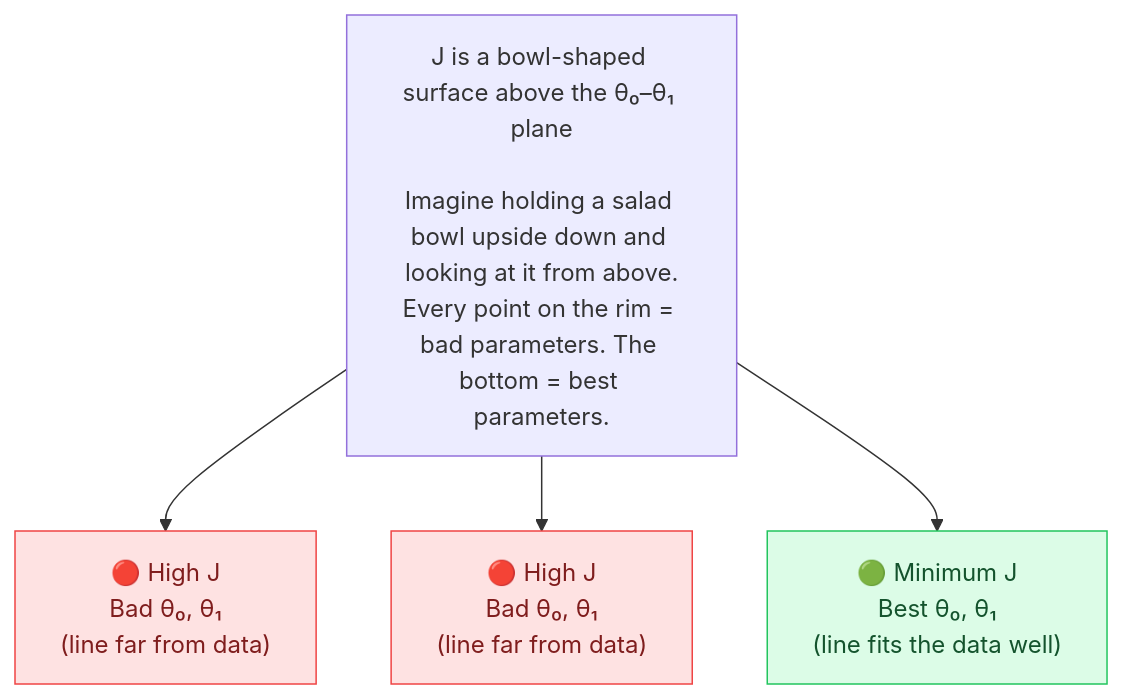
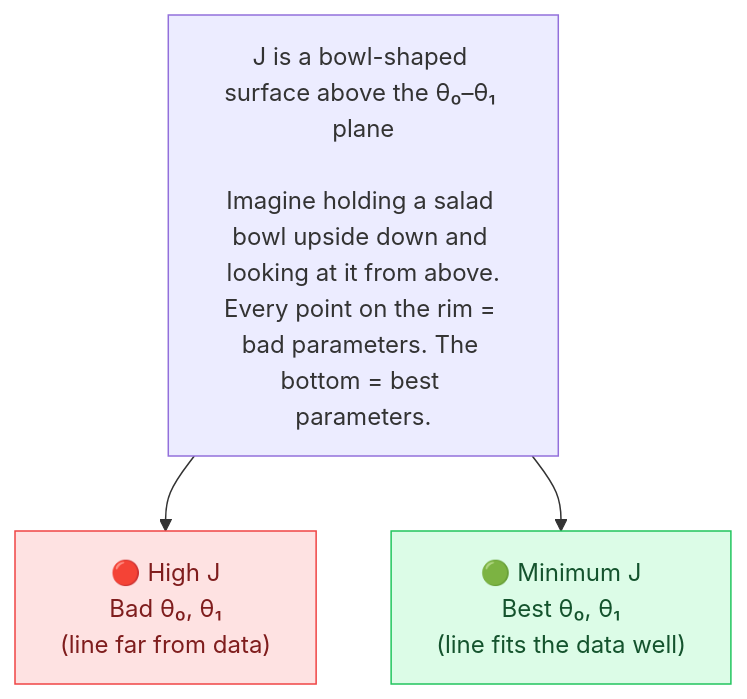
One commit to elmahdidiab/ft_linear_regression changed the second of 10 diagrams in rwidme.md. Above: the diagram before and after it, drawn with Mermaid. The commit also changed other lines of this file, not shown here.

````diff
--- a/rwidme.md
+++ b/rwidme.md
@@ -78,15 +78,13 @@
 ```mermaid
 graph TD
     Surface["J is a bowl-shaped surface above the θ₀–θ₁ plane\n\nImagine holding a salad bowl upside down and looking at it from above.\nEvery point on the rim = bad parameters. The bottom = best parameters."]
 
     Surface --> High1["🔴 High J\nBad θ₀, θ₁\n(line far from data)"]
-    Surface --> High2["🔴 High J\nBad θ₀, θ₁\n(line far from data)"]
     Surface --> Low["🟢 Minimum J\nBest θ₀, θ₁\n(line fits the data well)"]
 
     High1:::high
-    High2:::high
     Low:::low
 
     classDef high fill:#fee2e2,stroke:#ef4444,color:#7f1d1d
     classDef low  fill:#dcfce7,stroke:#22c55e,color:#14532d
 ```
````
